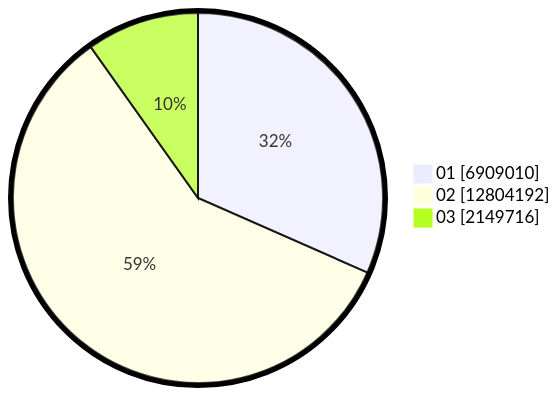
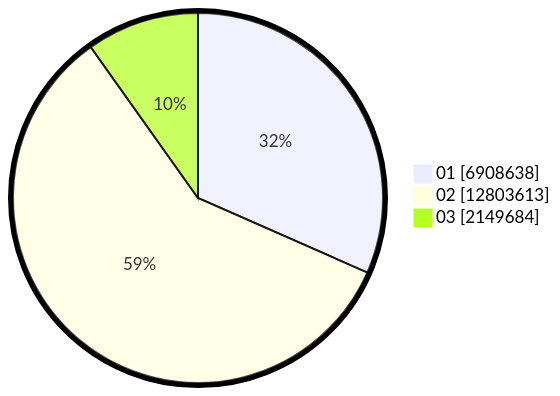
The second of 2 diagrams in pilpres/hitung-suara/sub/table-wilayah-32.md (gigit-pemilu/pemilu-2024), drawn with Mermaid before and after one commit. The commit also changed other lines of this file and 6 other files, not shown here.

````diff
--- a/pilpres/hitung-suara/sub/table-wilayah-32.md
+++ b/pilpres/hitung-suara/sub/table-wilayah-32.md
@@ -15,7 +15,7 @@
 ```mermaid
 %%{init: {"pie": {"textPosition": 0.5}, "themeVariables": {"pieOuterStrokeWidth": "5px"}} }%%
 pie showData
-    "01" : 6909010
-    "02" : 12804192
-    "03" : 2149716
+    "01" : 6908638
+    "02" : 12803613
+    "03" : 2149684
 ```
````
